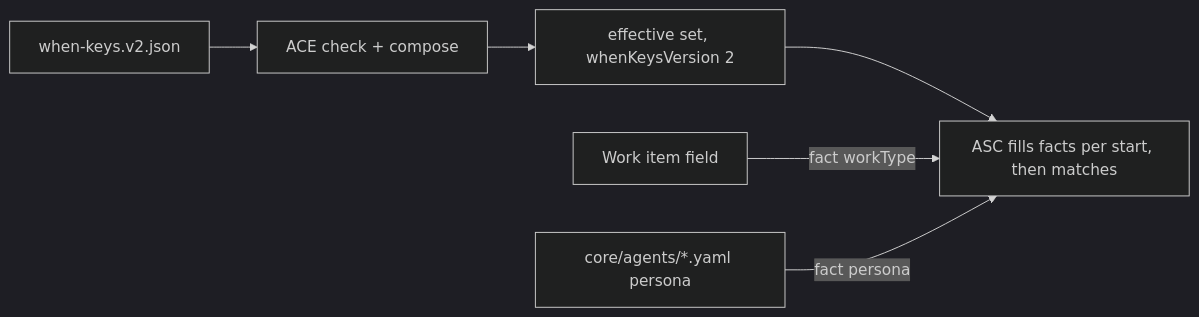
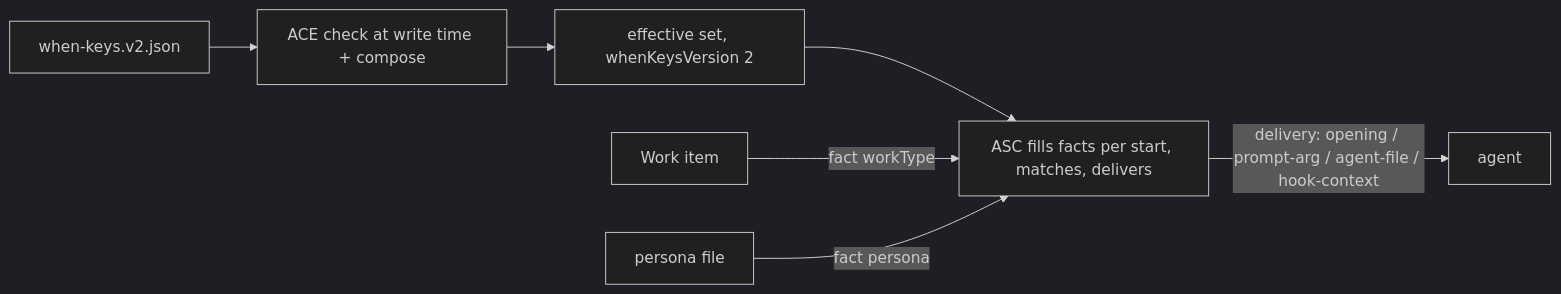
One commit to vantt/forgent changed the diagram in plans/discussions/ds-k435vz65l2-when-key-rename/DISCUSSION.md. Above: the diagram before and after it, drawn with Mermaid (dark theme). The commit also changed other lines of this file and 1 other file, not shown here.

Commit message:
docs(discussion): settle the when-key rename for ACE; the source discussion keeps the rest and stays paused

````diff
--- a/plans/discussions/ds-k435vz65l2-when-key-rename/DISCUSSION.md
+++ b/plans/discussions/ds-k435vz65l2-when-key-rename/DISCUSSION.md
@@ -75,8 +112,9 @@
 ```mermaid
 flowchart LR
-  R[when-keys.v2.json] --> ACE[ACE check + compose]
+  R[when-keys.v2.json] --> ACE[ACE check at write time + compose]
   ACE --> ES[effective set, whenKeysVersion 2]
-  ES --> ASC[ASC fills facts per start, then matches]
-  W[Work item field] -- fact workType --> ASC
-  P[core/agents/*.yaml persona] -- fact persona --> ASC
+  ES --> ASC[ASC fills facts per start, matches, delivers]
+  W[Work item] -- fact workType --> ASC
+  P[persona file] -- fact persona --> ASC
+  ASC -- delivery: opening / prompt-arg / agent-file / hook-context --> AG[agent]
 ```
````
